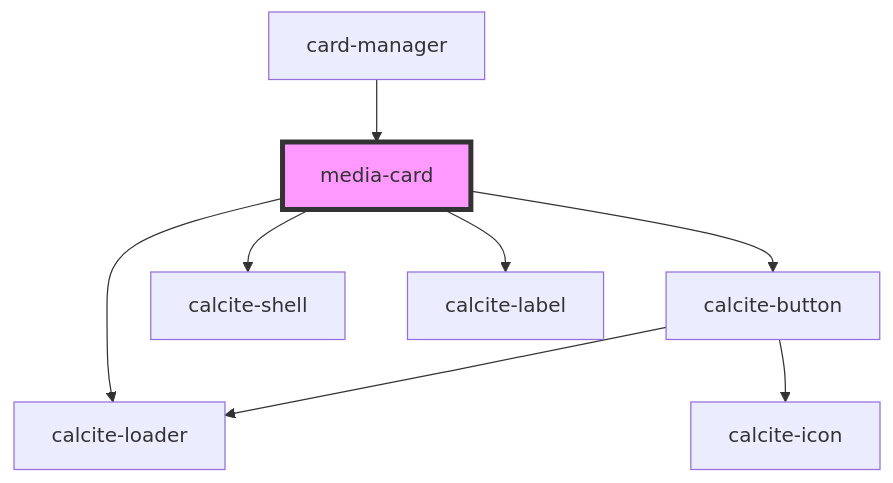
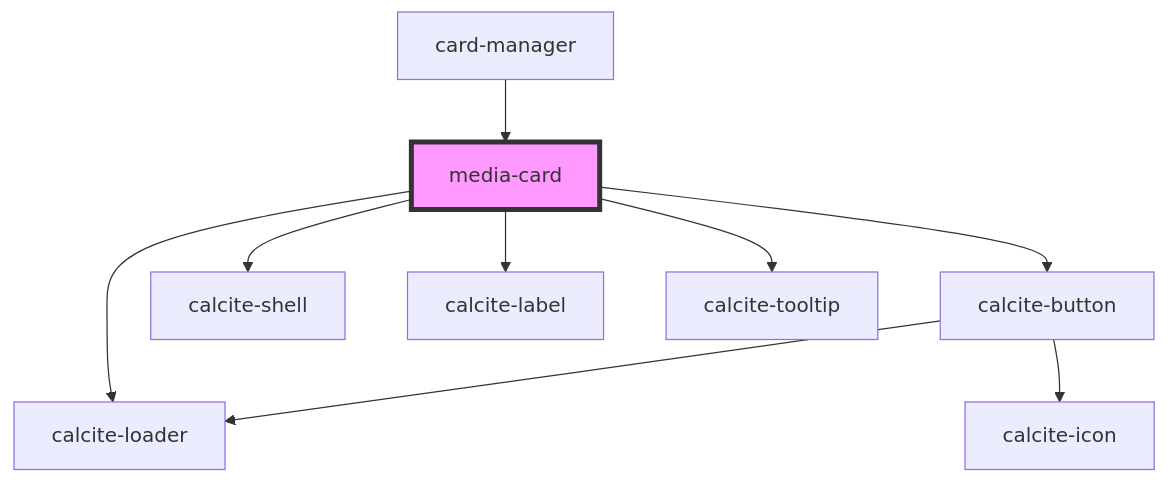
One commit to Esri/solutions-components changed the diagram in src/components/media-card/readme.md. Above: the diagram before and after it, drawn with Mermaid. The commit also changed other lines of this file and 10 other files, not shown here.

````diff
--- a/src/components/media-card/readme.md
+++ b/src/components/media-card/readme.md
@@ -30,11 +31,12 @@
 ```mermaid
 graph TD;
   media-card --> calcite-loader
   media-card --> calcite-button
   media-card --> calcite-shell
   media-card --> calcite-label
+  media-card --> calcite-tooltip
   calcite-button --> calcite-loader
   calcite-button --> calcite-icon
   card-manager --> media-card
   style media-card fill:#f9f,stroke:#333,stroke-width:4px
 ```
````
